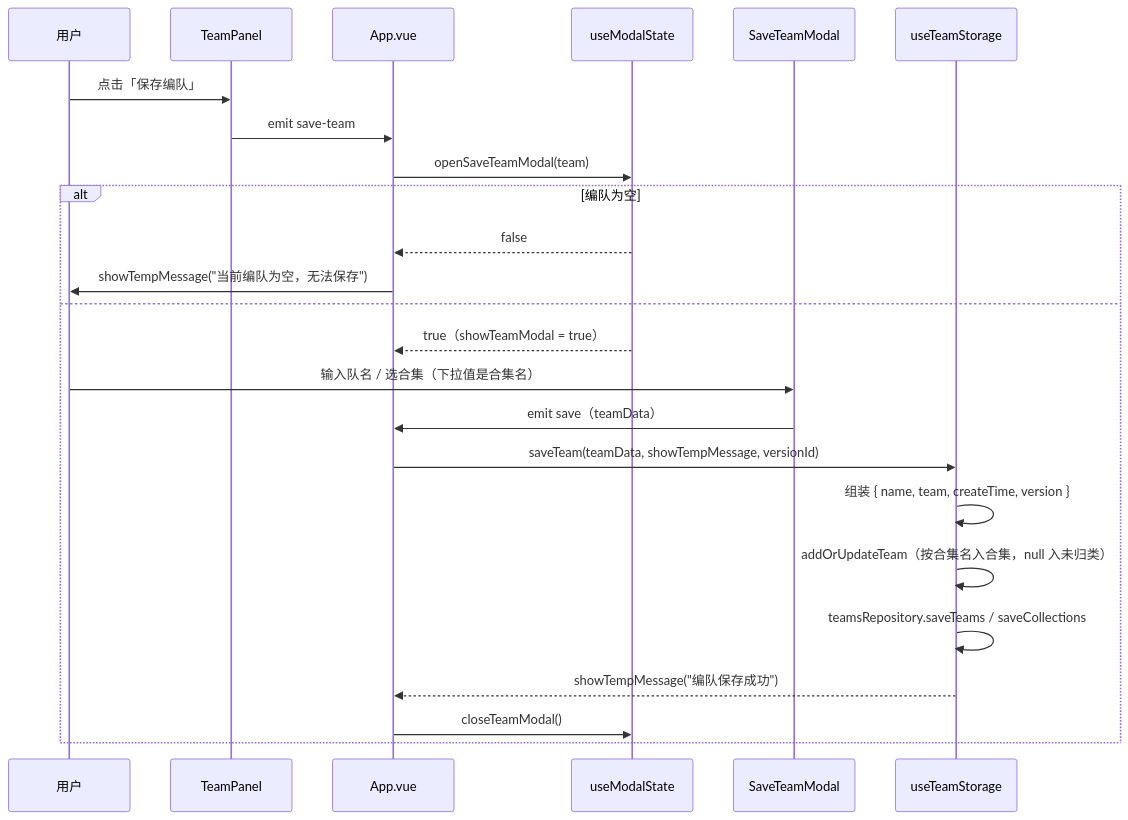
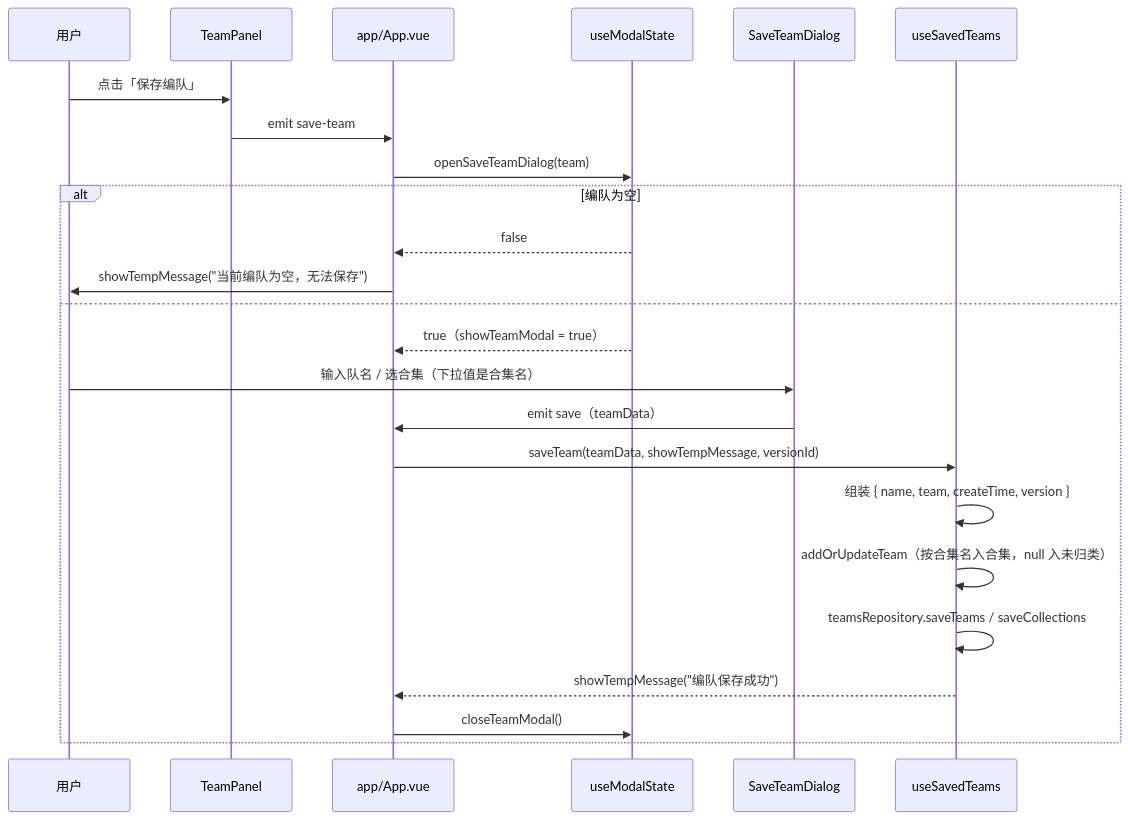
One commit to yeyeye613/Arknights-alliance-tool changed the fifth of 9 diagrams in architecture/data-flow.md. Above: the diagram before and after it, drawn with Mermaid. The commit also changed other lines of this file and 7 other files, not shown here.

````diff
--- a/architecture/data-flow.md
+++ b/architecture/data-flow.md
@@ -152,27 +152,27 @@
 ```mermaid
 sequenceDiagram
   participant U as 用户
   participant TP as TeamPanel
-  participant A as App.vue
+  participant A as app/App.vue
   participant MS as useModalState
-  participant SM as SaveTeamModal
-  participant TS as useTeamStorage
+  participant SM as SaveTeamDialog
+  participant TS as useSavedTeams
 
   U->>TP: 点击「保存编队」
   TP->>A: emit save-team
-  A->>MS: openSaveTeamModal(team)
+  A->>MS: openSaveTeamDialog(team)
   alt 编队为空
     MS-->>A: false
     A->>U: showTempMessage("当前编队为空，无法保存")
   else
     MS-->>A: true（showTeamModal = true）
     U->>SM: 输入队名 / 选合集（下拉值是合集名）
     SM->>A: emit save（teamData）
     A->>TS: saveTeam(teamData, showTempMessage, versionId)
     TS->>TS: 组装 { name, team, createTime, version }
     TS->>TS: addOrUpdateTeam（按合集名入合集，null 入未归类）
     TS->>TS: teamsRepository.saveTeams / saveCollections
     TS-->>A: showTempMessage("编队保存成功")
     A->>MS: closeTeamModal()
   end
 ```
````
